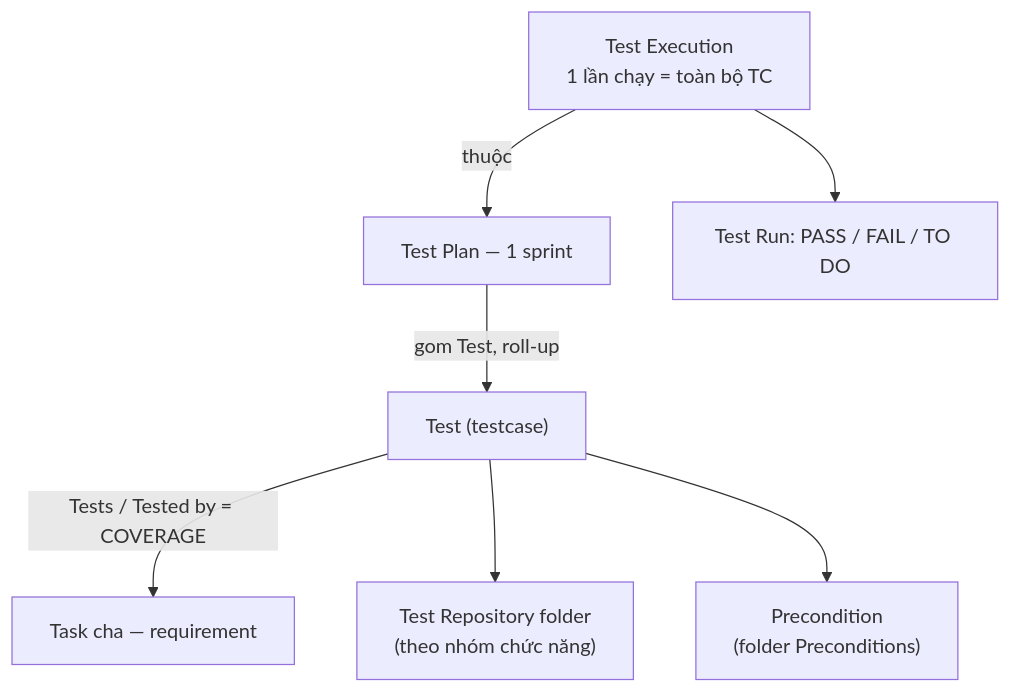
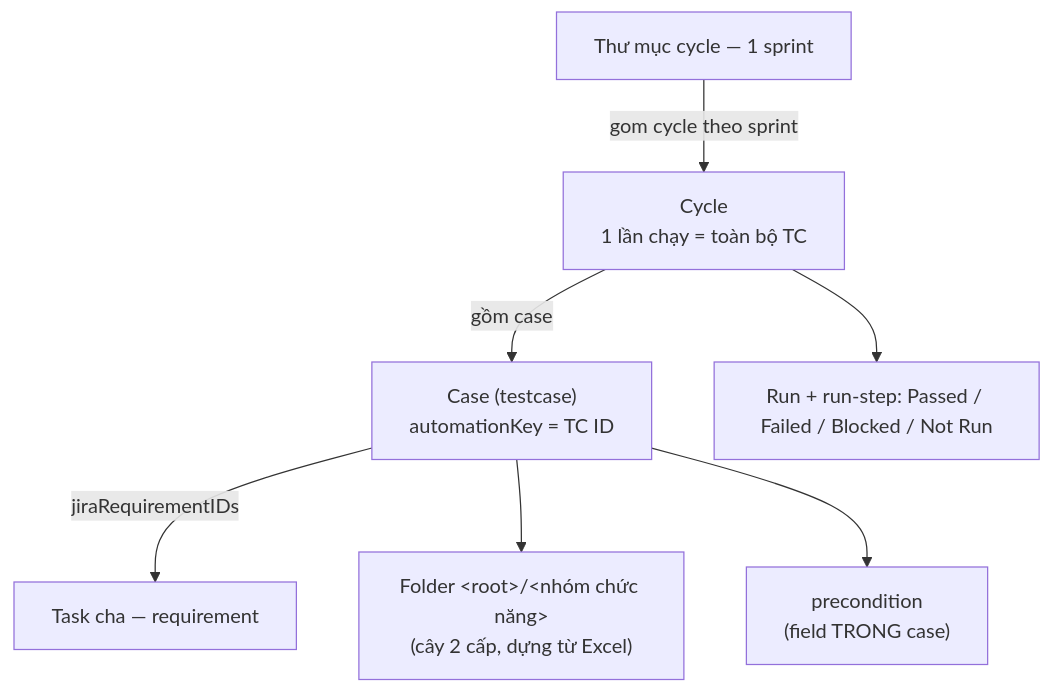
One commit to hungmanh0206/test-automation-kit-qig changed the third of 3 diagrams in README.md. Above: the diagram before and after it, drawn with Mermaid. The commit also changed other lines of this file and 38 other files, not shown here.

````diff
--- a/README.md
+++ b/README.md
@@ -172,17 +172,17 @@
 ```mermaid
 flowchart TD
-    Test["Test (testcase)"]
+    Test["Case (testcase)<br/>automationKey = TC ID"]
     Task["Task cha — requirement"]
-    Repo["Test Repository folder<br/>(theo nhóm chức năng)"]
-    Pre["Precondition<br/>(folder Preconditions)"]
-    Plan["Test Plan — 1 sprint"]
-    Exec["Test Execution<br/>1 lần chạy = toàn bộ TC"]
-    Run["Test Run: PASS / FAIL / TO DO"]
+    Repo["Folder &lt;root&gt;/&lt;nhóm chức năng&gt;<br/>(cây 2 cấp, dựng từ Excel)"]
+    Pre["precondition<br/>(field TRONG case)"]
+    Plan["Thư mục cycle — 1 sprint"]
+    Exec["Cycle<br/>1 lần chạy = toàn bộ TC"]
+    Run["Run + run-step: Passed / Failed / Blocked / Not Run"]
 
-    Test -->|"Tests / Tested by = COVERAGE"| Task
+    Test -->|"jiraRequirementIDs"| Task
     Test --> Repo
     Test --> Pre
-    Plan -->|"gom Test, roll-up"| Test
-    Exec -->|"thuộc"| Plan
+    Plan -->|"gom cycle theo sprint"| Exec
+    Exec -->|"gồm case"| Test
     Exec --> Run
 ```
````
